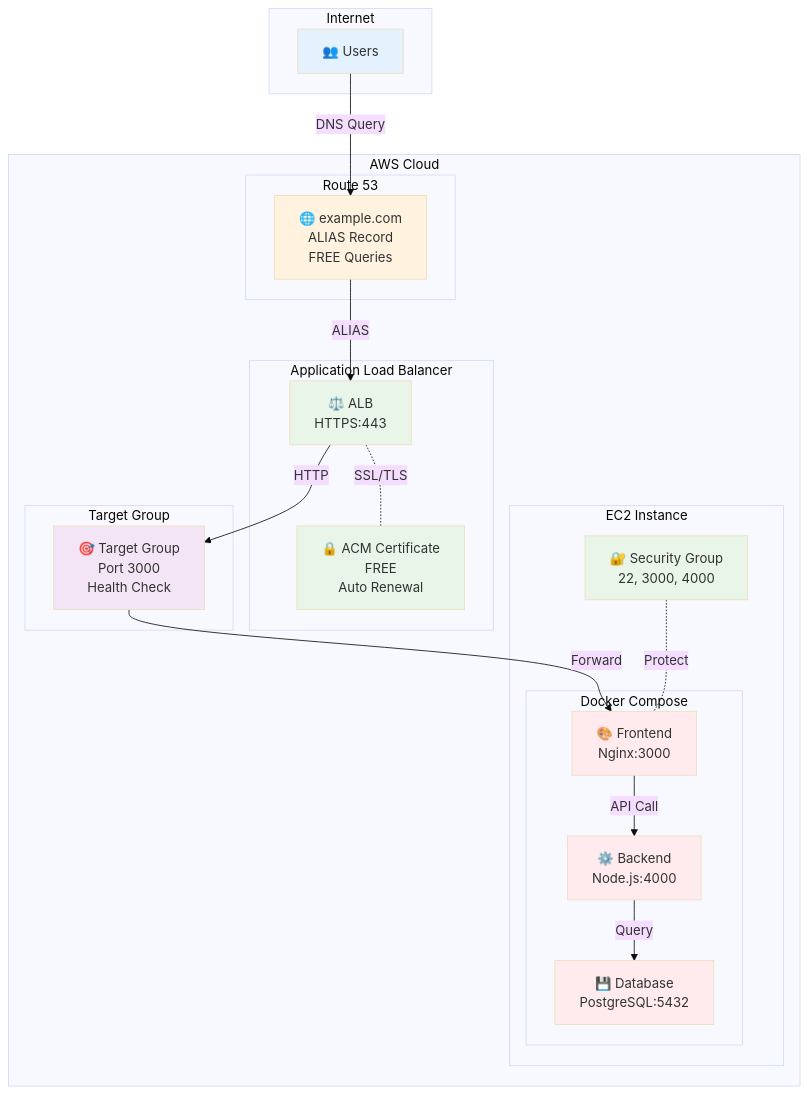
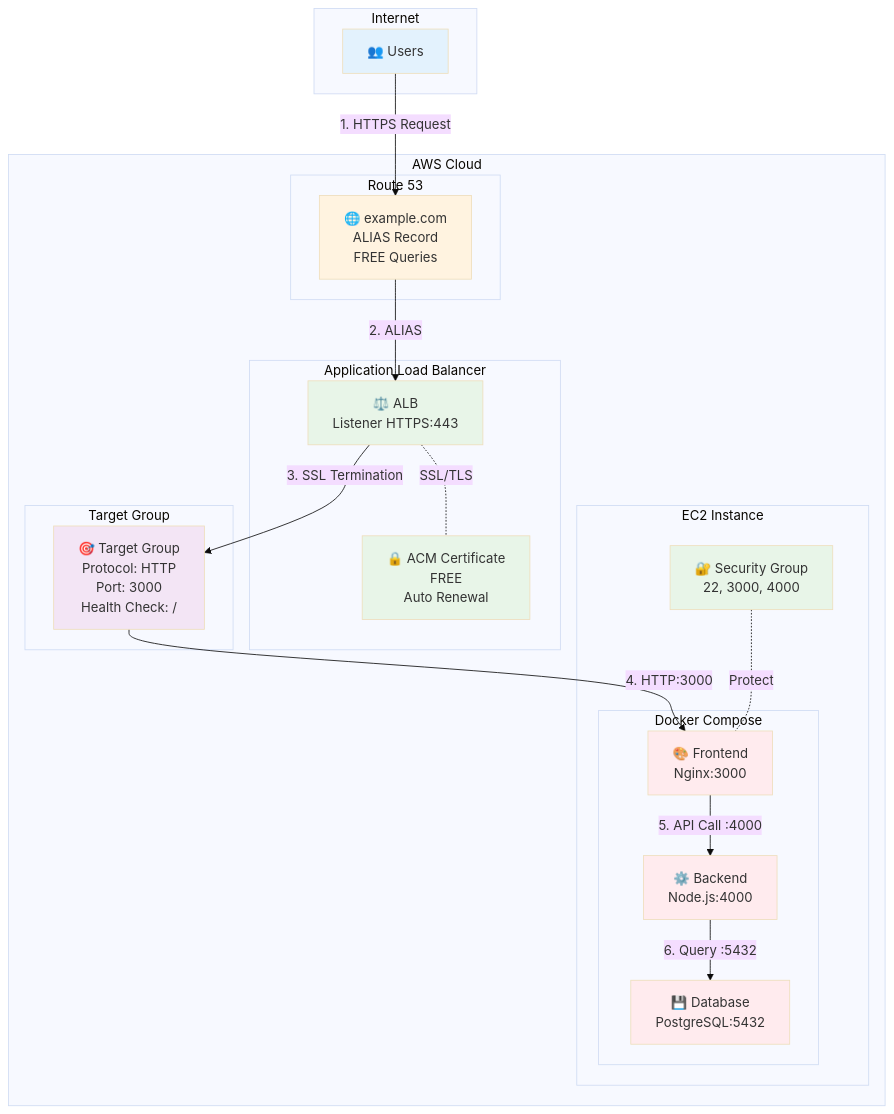
Before and after one commit to niceguy61/kdt_devops_lecture_2025: the first of 3 diagrams in theory/november/week_01/day5/lab_1.md, drawn with Mermaid (base theme). The commit also changed other lines of this file, not shown here.

````diff
--- a/theory/november/week_01/day5/lab_1.md
+++ b/theory/november/week_01/day5/lab_1.md
@@ -32,49 +32,49 @@
 ```mermaid
 graph TB
     subgraph "Internet"
         USER[👥 Users]
     end
     
     subgraph "AWS Cloud"
         subgraph "Route 53"
             R53[🌐 example.com<br/>ALIAS Record<br/>FREE Queries]
         end
         
         subgraph "Application Load Balancer"
-            ALB[⚖️ ALB<br/>HTTPS:443]
+            ALB[⚖️ ALB<br/>Listener HTTPS:443]
             ACM[🔒 ACM Certificate<br/>FREE<br/>Auto Renewal]
             ALB -.SSL/TLS.- ACM
         end
         
         subgraph "Target Group"
-            TG[🎯 Target Group<br/>Port 3000<br/>Health Check]
+            TG[🎯 Target Group<br/>Protocol: HTTP<br/>Port: 3000<br/>Health Check: /]
         end
         
         subgraph "EC2 Instance"
             subgraph "Docker Compose"
                 FRONT[🎨 Frontend<br/>Nginx:3000]
                 BACK[⚙️ Backend<br/>Node.js:4000]
                 DB[💾 Database<br/>PostgreSQL:5432]
             end
             SG[🔐 Security Group<br/>22, 3000, 4000]
         end
     end
     
-    USER -->|DNS Query| R53
-    R53 -->|ALIAS| ALB
-    ALB -->|HTTP| TG
-    TG -->|Forward| FRONT
-    FRONT -->|API Call| BACK
-    BACK -->|Query| DB
+    USER -->|1. HTTPS Request| R53
+    R53 -->|2. ALIAS| ALB
+    ALB -->|3. SSL Termination| TG
+    TG -->|4. HTTP:3000| FRONT
+    FRONT -->|5. API Call :4000| BACK
+    BACK -->|6. Query :5432| DB
     SG -.Protect.- FRONT
     
     style USER fill:#e3f2fd
     style R53 fill:#fff3e0
     style ALB fill:#e8f5e8
     style ACM fill:#e8f5e8
     style TG fill:#f3e5f5
     style FRONT fill:#ffebee
     style BACK fill:#ffebee
     style DB fill:#ffebee
     style SG fill:#e8f5e8
 ```
````
